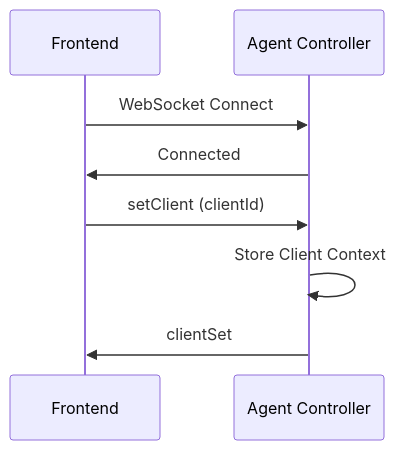
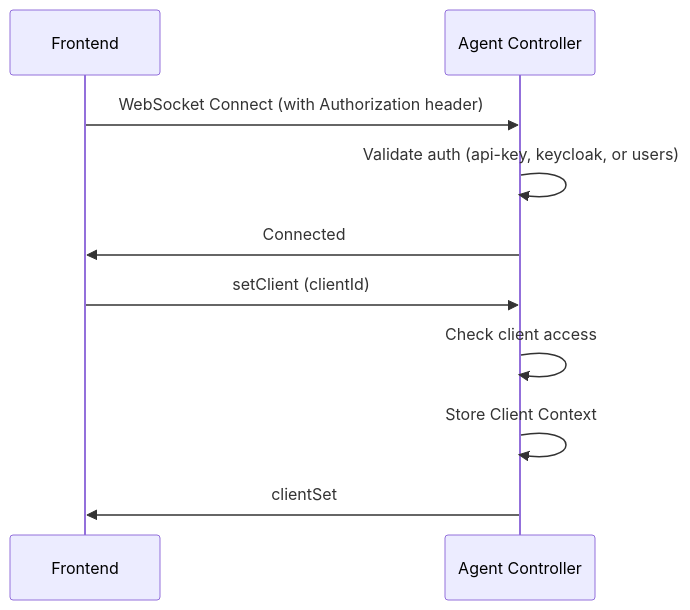
Before and after one commit to forepath/agenstra: the first of 3 diagrams in docs/agenstra/features/websocket-communication.md, drawn with Mermaid. The commit also changed other lines of this file and 94 other files, not shown here.

````diff
--- a/docs/agenstra/features/websocket-communication.md
+++ b/docs/agenstra/features/websocket-communication.md
@@ -17,11 +27,13 @@
 ```mermaid
 sequenceDiagram
     participant F as Frontend
     participant AC as Agent Controller
 
-    F->>AC: WebSocket Connect
+    F->>AC: WebSocket Connect (with Authorization header)
+    AC->>AC: Validate auth (api-key, keycloak, or users)
     AC->>F: Connected
     F->>AC: setClient (clientId)
+    AC->>AC: Check client access
     AC->>AC: Store Client Context
     AC->>F: clientSet
 ```
````
